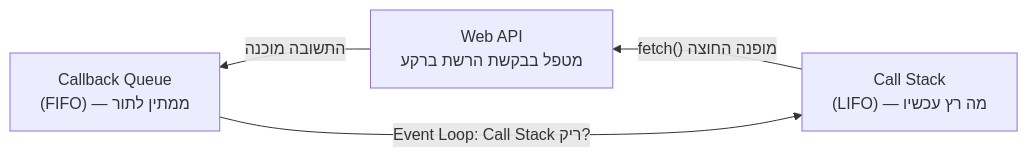
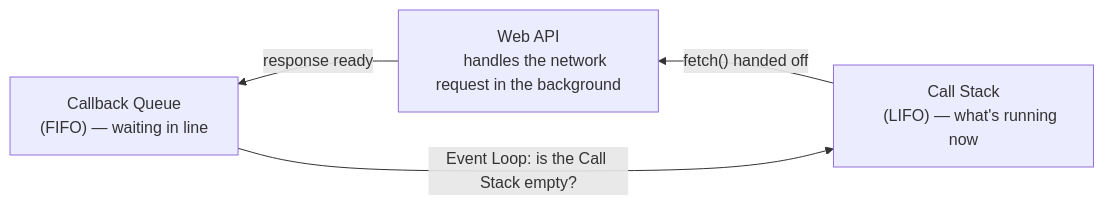
One commit to neriyaMalachi/FullStack_kodkode_5 changed the diagram in content/docs/javascript/19-js-event-loop-content.md. Above: the diagram before and after it, drawn with Mermaid. The commit also changed other lines of this file and 117 other files, not shown here.

````diff
--- a/content/docs/javascript/19-js-event-loop-content.md
+++ b/content/docs/javascript/19-js-event-loop-content.md
@@ -44,9 +44,9 @@
 ```mermaid
 flowchart RL
     CS["Call Stack
-    (LIFO) — מה רץ עכשיו"] -->|"fetch() מופנה החוצה"| WA["Web API
-    מטפל בבקשת הרשת ברקע"]
-    WA -->|"התשובה מוכנה"| CQ["Callback Queue
-    (FIFO) — ממתין לתור"]
-    CQ -->|"Event Loop: Call Stack ריק?"| CS
+    (LIFO) — what's running now"] -->|"fetch() handed off"| WA["Web API
+    handles the network request in the background"]
+    WA -->|"response ready"| CQ["Callback Queue
+    (FIFO) — waiting in line"]
+    CQ -->|"Event Loop: is the Call Stack empty?"| CS
 ```
````
